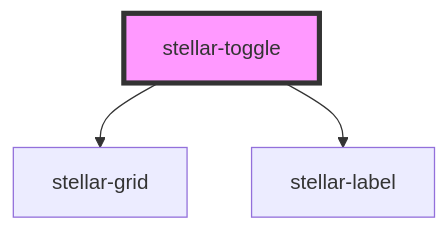
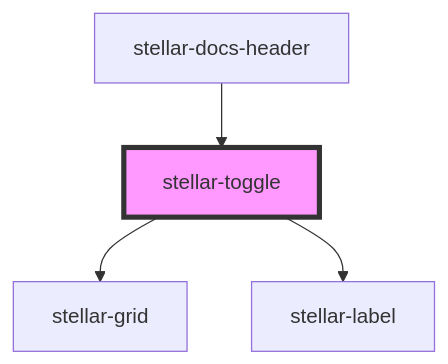
The diagram in src/components/forms/toggle/readme.md (splitinfinities/Stellar), drawn with Mermaid before and after one commit. The commit also changed other lines of this file and 50 other files, not shown here.

````diff
--- a/src/components/forms/toggle/readme.md
+++ b/src/components/forms/toggle/readme.md
@@ -237,6 +241,7 @@
 ```mermaid
 graph TD;
   stellar-toggle --> stellar-grid
   stellar-toggle --> stellar-label
+  stellar-docs-header --> stellar-toggle
   style stellar-toggle fill:#f9f,stroke:#333,stroke-width:4px
 ```
````
